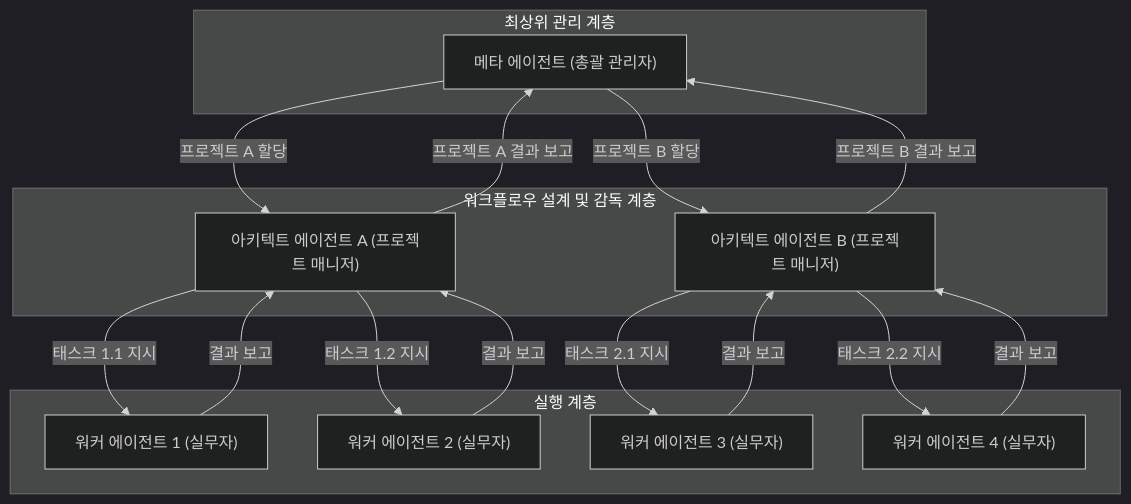
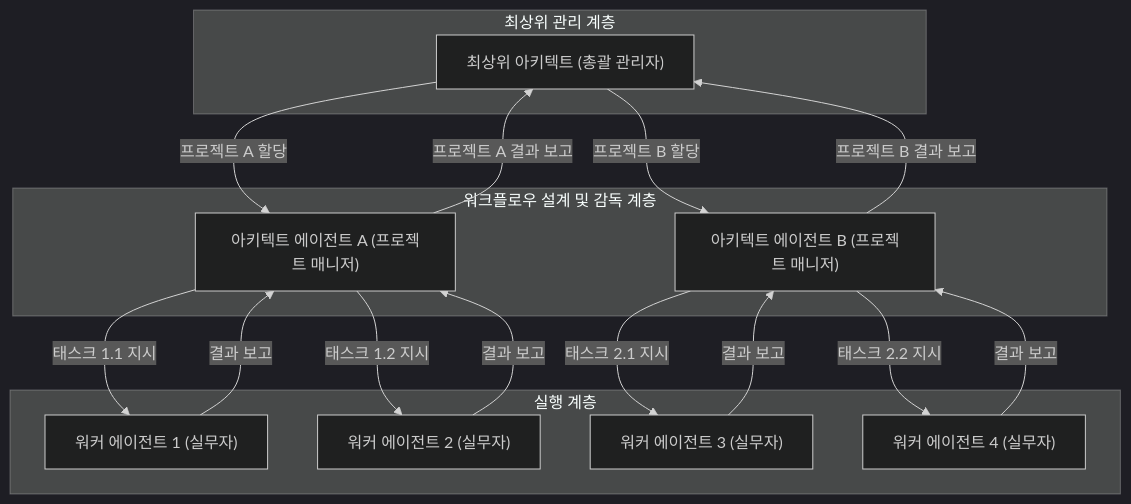
One commit to wooxist/ai-instructions changed the first of 2 diagrams in book/10-advanced-collaboration-architectures.md. Above: the diagram before and after it, drawn with Mermaid (dark theme). The commit also changed other lines of this file, not shown here.

Commit message:
refactor: Update hierarchical collaboration architecture section to clarify roles and terminology

````diff
--- a/book/10-advanced-collaboration-architectures.md
+++ b/book/10-advanced-collaboration-architectures.md
@@ -50,35 +55,35 @@
 ```mermaid
 graph TD;
     subgraph "최상위 관리 계층"
-        MetaAgent["메타 에이전트 (총괄 관리자)"]
+        TopArchitect["최상위 아키텍트 (총괄 관리자)"]
     end
 
     subgraph "워크플로우 설계 및 감독 계층"
         ArchitectAgentA["아키텍트 에이전트 A (프로젝트 매니저)"]
         ArchitectAgentB["아키텍트 에이전트 B (프로젝트 매니저)"]
     end
 
     subgraph "실행 계층"
         WorkerAgent1["워커 에이전트 1 (실무자)"]
         WorkerAgent2["워커 에이전트 2 (실무자)"]
         WorkerAgent3["워커 에이전트 3 (실무자)"]
         WorkerAgent4["워커 에이전트 4 (실무자)"]
     end
 
-    MetaAgent -- "프로젝트 A 할당" --> ArchitectAgentA
-    MetaAgent -- "프로젝트 B 할당" --> ArchitectAgentB
+    TopArchitect -- "프로젝트 A 할당" --> ArchitectAgentA
+    TopArchitect -- "프로젝트 B 할당" --> ArchitectAgentB
     
     ArchitectAgentA -- "태스크 1.1 지시" --> WorkerAgent1
     ArchitectAgentA -- "태스크 1.2 지시" --> WorkerAgent2
     
     ArchitectAgentB -- "태스크 2.1 지시" --> WorkerAgent3
     ArchitectAgentB -- "태스크 2.2 지시" --> WorkerAgent4
 
     WorkerAgent1 -- "결과 보고" --> ArchitectAgentA
     WorkerAgent2 -- "결과 보고" --> ArchitectAgentA
     WorkerAgent3 -- "결과 보고" --> ArchitectAgentB
     WorkerAgent4 -- "결과 보고" --> ArchitectAgentB
 
-    ArchitectAgentA -- "프로젝트 A 결과 보고" --> MetaAgent
-    ArchitectAgentB -- "프로젝트 B 결과 보고" --> MetaAgent
+    ArchitectAgentA -- "프로젝트 A 결과 보고" --> TopArchitect
+    ArchitectAgentB -- "프로젝트 B 결과 보고" --> TopArchitect
 ```
````
